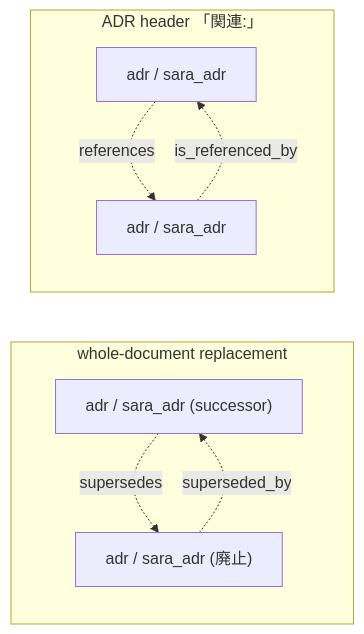
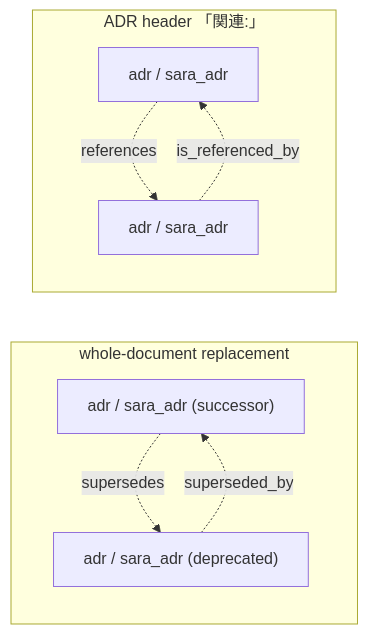
The second of 2 diagrams in docs/agents/sara-graph.md (yasunori0418/layat), drawn with Mermaid before and after one commit. The commit also changed other lines of this file and 4 other files, not shown here.

````diff
--- a/docs/agents/sara-graph.md
+++ b/docs/agents/sara-graph.md
@@ -60,11 +60,11 @@
 ```mermaid
 flowchart LR
     subgraph sup["whole-document replacement"]
-        A["adr / sara_adr (successor)"] -.->|supersedes| B["adr / sara_adr (廃止)"]
+        A["adr / sara_adr (successor)"] -.->|supersedes| B["adr / sara_adr (deprecated)"]
         B -.->|superseded_by| A
     end
     subgraph ref["ADR header 「関連:」"]
         C["adr / sara_adr"] -.->|references| D["adr / sara_adr"]
         D -.->|is_referenced_by| C
     end
 ```
````
